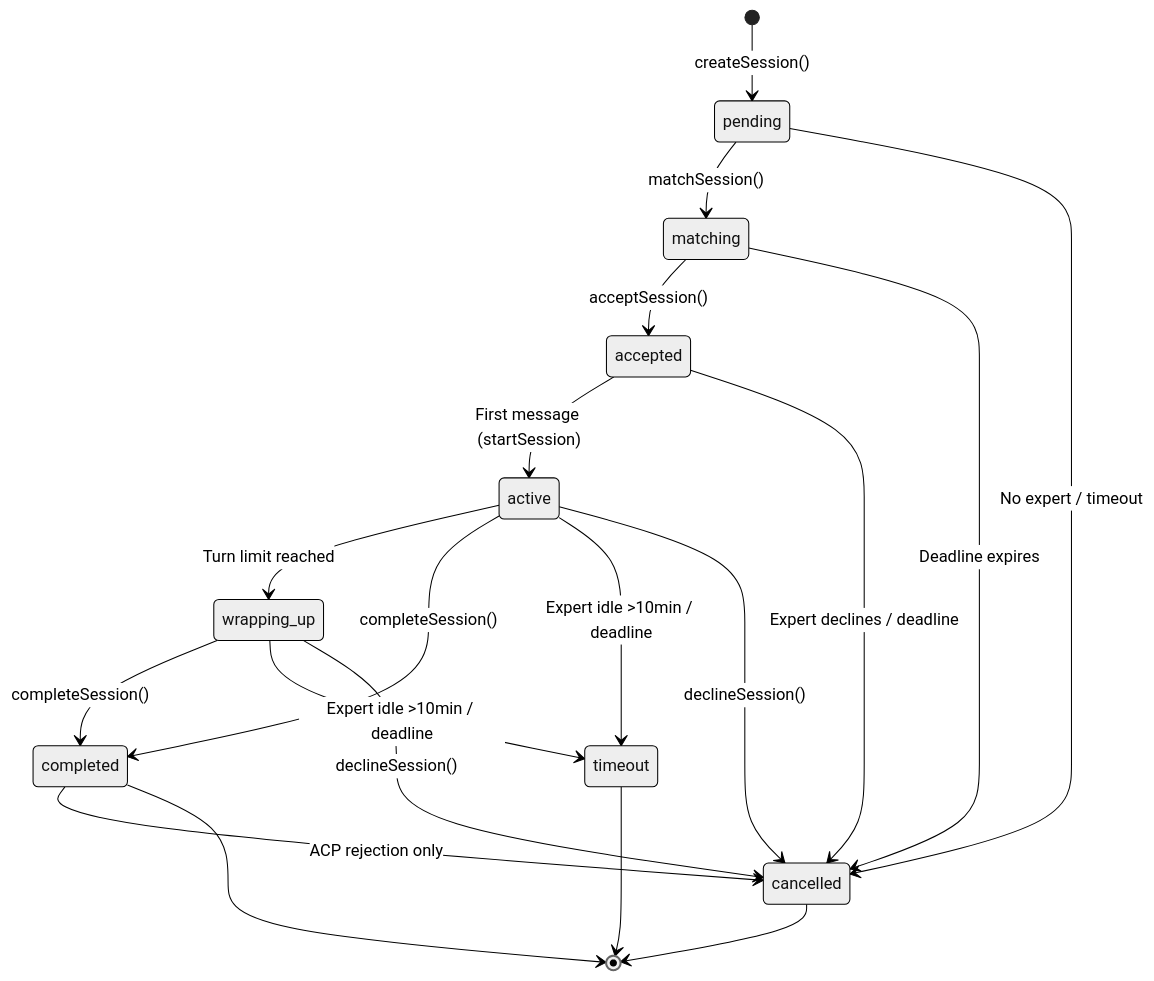
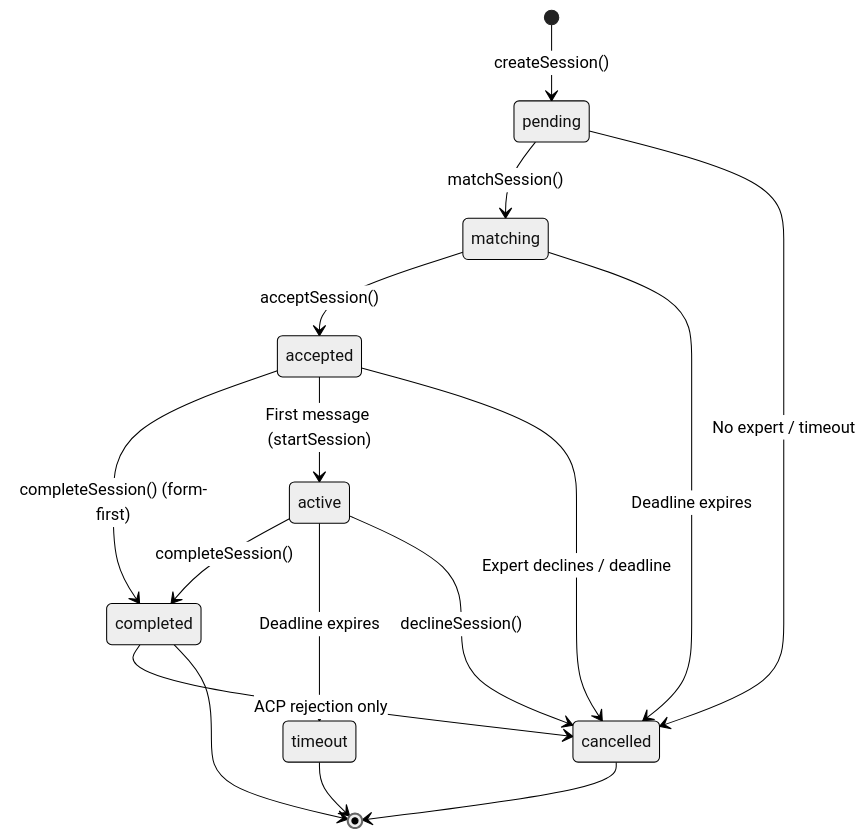
One commit to jardstedt/taste changed the second of 3 diagrams in docs/use-cases.md. Above: the diagram before and after it, drawn with Mermaid (neutral theme). The commit also changed other lines of this file and 4 other files, not shown here.

````diff
--- a/docs/use-cases.md
+++ b/docs/use-cases.md
@@ -302,27 +346,23 @@
 ```mermaid
 stateDiagram-v2
     [*] --> pending: createSession()
     pending --> matching: matchSession()
     pending --> cancelled: No expert / timeout
 
     matching --> accepted: acceptSession()
     matching --> cancelled: Deadline expires
 
+    accepted --> completed: completeSession() (form-first)
     accepted --> active: First message (startSession)
     accepted --> cancelled: Expert declines / deadline
 
-    active --> wrapping_up: Turn limit reached
     active --> completed: completeSession()
-    active --> timeout: Expert idle >10min / deadline
+    active --> timeout: Deadline expires
     active --> cancelled: declineSession()
-
-    wrapping_up --> completed: completeSession()
-    wrapping_up --> timeout: Expert idle >10min / deadline
-    wrapping_up --> cancelled: declineSession()
 
     completed --> cancelled: ACP rejection only
 
     completed --> [*]
     timeout --> [*]
     cancelled --> [*]
 ```
````
